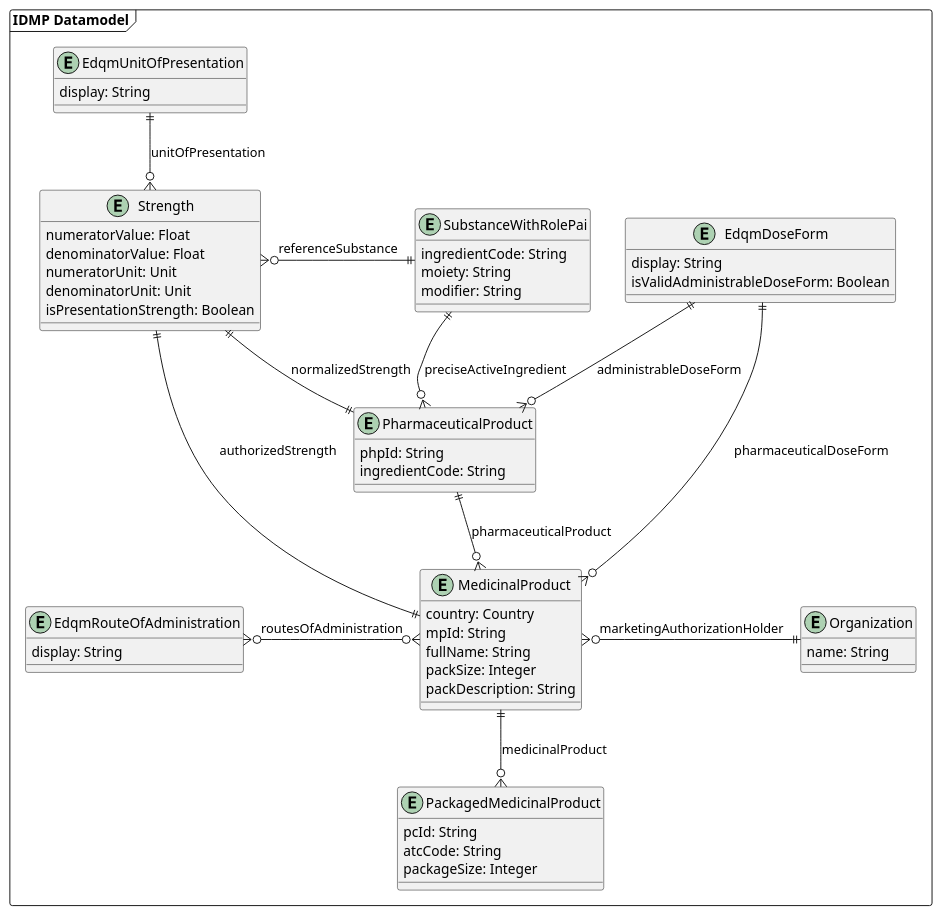
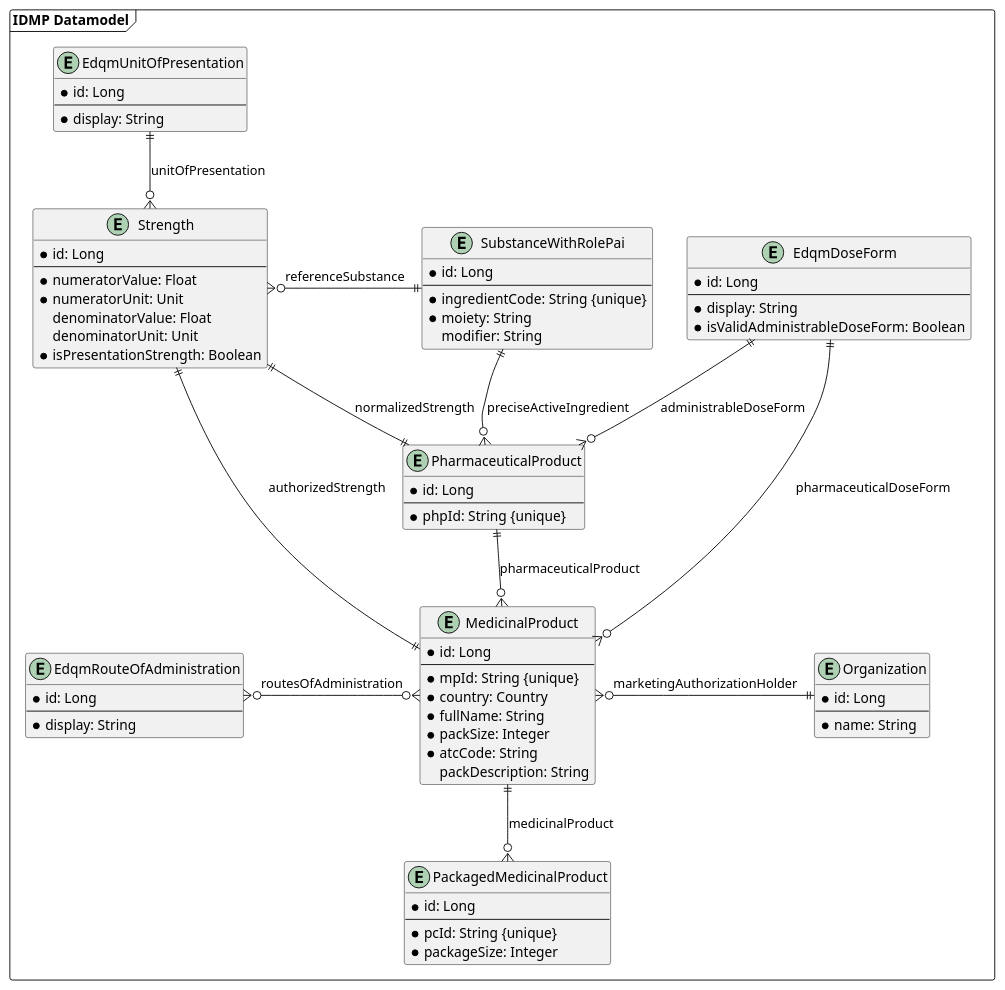
Before and after one commit to unicom-project-eu/wp6-db-api: the diagram in uml/class/datamodel.puml, drawn with PlantUML.

Commit message:
Explicity tell wich attribute is mandatory and primary/unique keys

```diff
--- a/uml/class/datamodel.puml
+++ b/uml/class/datamodel.puml
@@ -1,73 +1,90 @@
 @startuml
 'https://plantuml.com/class-diagram
 
 package "IDMP Datamodel" as idmpDatamodel <<frame>> {
     entity EdqmRouteOfAdministration {
-        display: String
+        * id: Long
+        --
+        * display: String
     }
 
     entity EdqmUnitOfPresentation {
-        display: String
+        * id: Long
+        --
+        * display: String
     }
 
     together {
         entity EdqmDoseForm {
-            display: String
-            isValidAdministrableDoseForm: Boolean
+            * id: Long
+            --
+            * display: String
+            * isValidAdministrableDoseForm: Boolean
         }
 
         entity Strength {
-            numeratorValue: Float
+            * id: Long
+            --
+            * numeratorValue: Float
+            * numeratorUnit: Unit
             denominatorValue: Float
-            numeratorUnit: Unit
             denominatorUnit: Unit
-            isPresentationStrength: Boolean
+            * isPresentationStrength: Boolean
         }
 
         entity SubstanceWithRolePai {
-            ingredientCode: String
-            moiety: String
+            * id: Long
+            --
+            * ingredientCode: String {unique}
+            * moiety: String
             modifier: String
         }
     }
 
     entity PharmaceuticalProduct {
-        phpId: String
-        ingredientCode: String
+        * id: Long
+        --
+        * phpId: String {unique}
     }
 
     entity MedicinalProduct {
-        country: Country
-        mpId: String
-        fullName: String
-        packSize: Integer
+        * id: Long
+        --
+        * mpId: String {unique}
+        * country: Country
+        * fullName: String
+        * packSize: Integer
+        * atcCode: String
         packDescription: String
     }
 
     entity PackagedMedicinalProduct {
-        pcId: String
-        atcCode: String
-        packageSize: Integer
+        * id: Long
+        --
+        * pcId: String {unique}
+        * packageSize: Integer
     }
 
     entity Organization {
-        name: String
+        * id: Long
+        --
+        * name: String
     }
 
     SubstanceWithRolePai ||------o{ PharmaceuticalProduct : preciseActiveIngredient
     EdqmDoseForm ||--o{ PharmaceuticalProduct : administrableDoseForm
     Strength ||--|| PharmaceuticalProduct : normalizedStrength
 
     PharmaceuticalProduct ||--o{ MedicinalProduct : pharmaceuticalProduct
 
     MedicinalProduct ||--o{ PackagedMedicinalProduct : medicinalProduct
     MedicinalProduct }o--|| EdqmDoseForm : pharmaceuticalDoseForm
     MedicinalProduct ||--|| Strength : authorizedStrength
     EdqmRouteOfAdministration }o-o{ MedicinalProduct : routesOfAdministration
     EdqmUnitOfPresentation ||--o{ Strength: unitOfPresentation
 
     MedicinalProduct }o-|| Organization : marketingAuthorizationHolder
 
     Strength }o-|| SubstanceWithRolePai : referenceSubstance
 }
 @enduml
```
